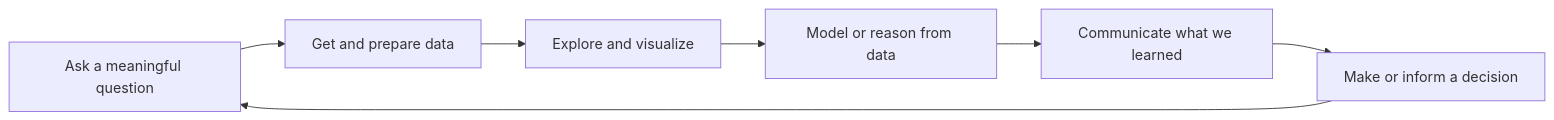
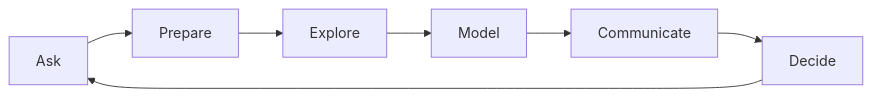
One commit to tjkerby/DS_115 changed the first of 2 diagrams in slides/day1.qmd. Above: the diagram before and after it, drawn with Mermaid. The commit also changed other lines of this file and 4 other files, not shown here.

`````diff
--- a/slides/day1.qmd
+++ b/slides/day1.qmd
@@ -38,11 +38,11 @@
 ````{mermaid}
 %%| fig-responsive: false
 %%| fig-width: 12
 flowchart LR
-  A[Ask a meaningful question] --> B[Get and prepare data]
-  B --> C[Explore and visualize]
-  C --> D[Model or reason from data]
-  D --> E[Communicate what we learned]
-  E --> F[Make or inform a decision]
+  A[Ask] --> B[Prepare]
+  B --> C[Explore]
+  C --> D[Model]
+  D --> E[Communicate]
+  E --> F[Decide]
   F --> A
 ````
`````
